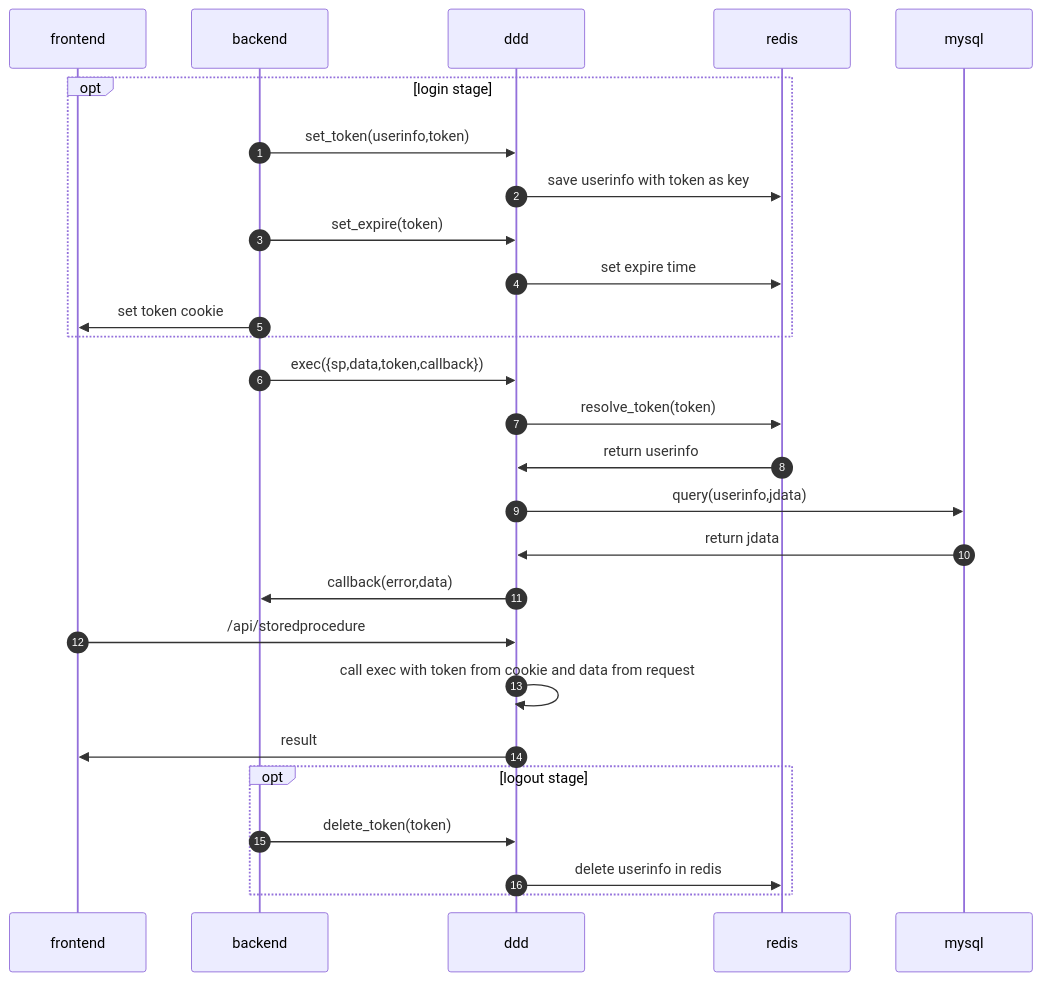
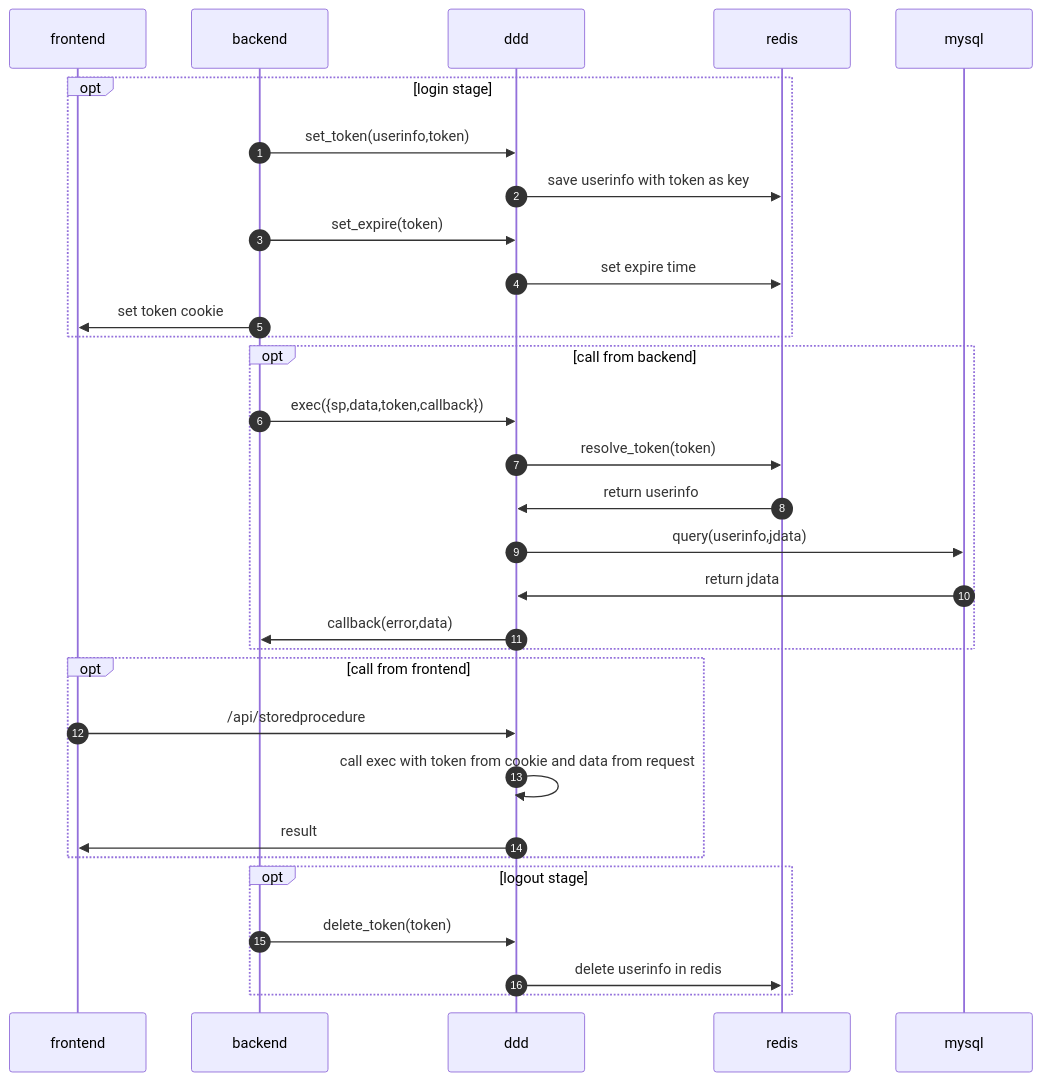
Before and after one commit to eprom2006/wf-mysql-ddd: the diagram in README.md, drawn with Mermaid.

````diff
--- a/README.md
+++ b/README.md
@@ -6,30 +6,33 @@
 ```mermaid
 sequenceDiagram
 autonumber
     participant frontend
     participant backend
 
     opt login stage
     backend->>ddd:set_token(userinfo,token)
     ddd->>redis:save userinfo with token as key
     backend->>ddd:set_expire(token)
     ddd->>redis:set expire time
     backend->>frontend:set token cookie
     end
 
+    opt call from backend
     backend->>ddd:exec({sp,data,token,callback})
     ddd->>redis:resolve_token(token)
     redis->>ddd:return userinfo
     ddd->>mysql:query(userinfo,jdata)
     mysql->>ddd:return jdata
     ddd->>backend:callback(error,data)
+    end
 
+    opt call from frontend
     frontend->>ddd:/api/storedprocedure
     ddd->>ddd:call exec with token from cookie and data from request
     ddd->>frontend:result
-
+    end 
     opt logout stage
     backend->>ddd:delete_token(token);
     ddd->>redis:delete userinfo in redis
     end
 ```
````
